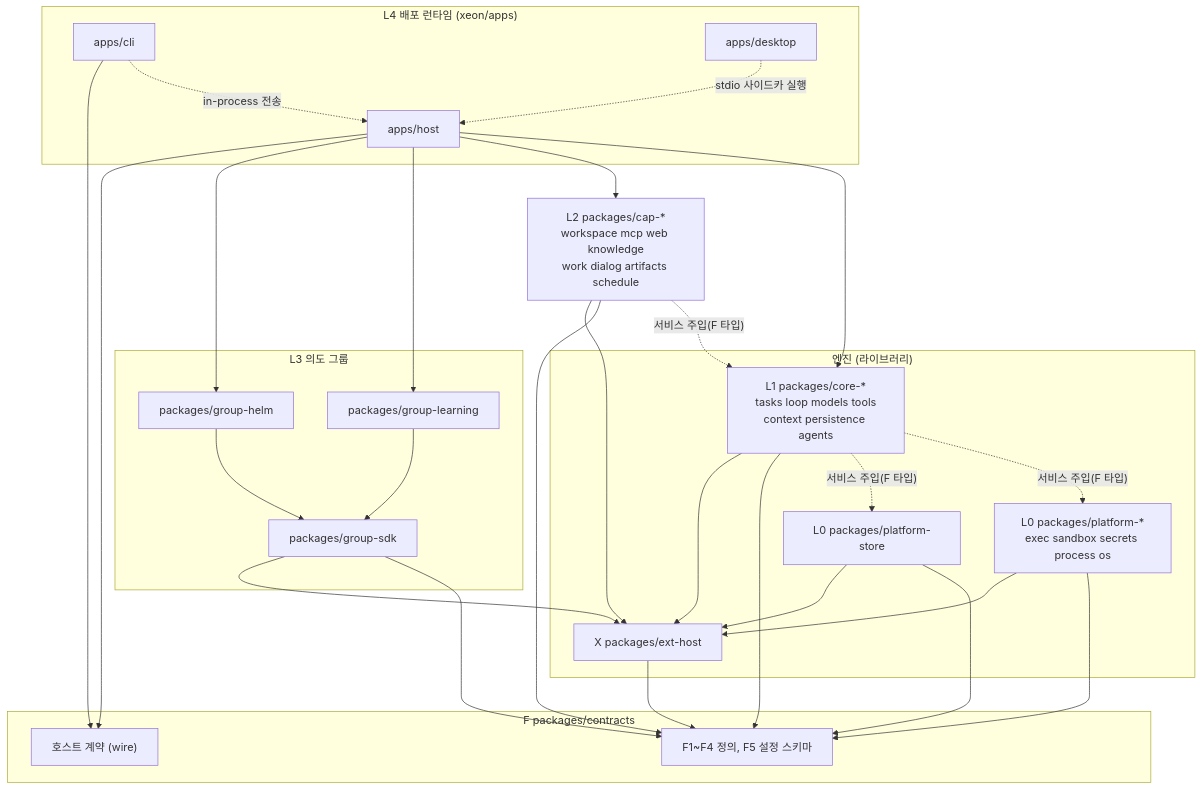
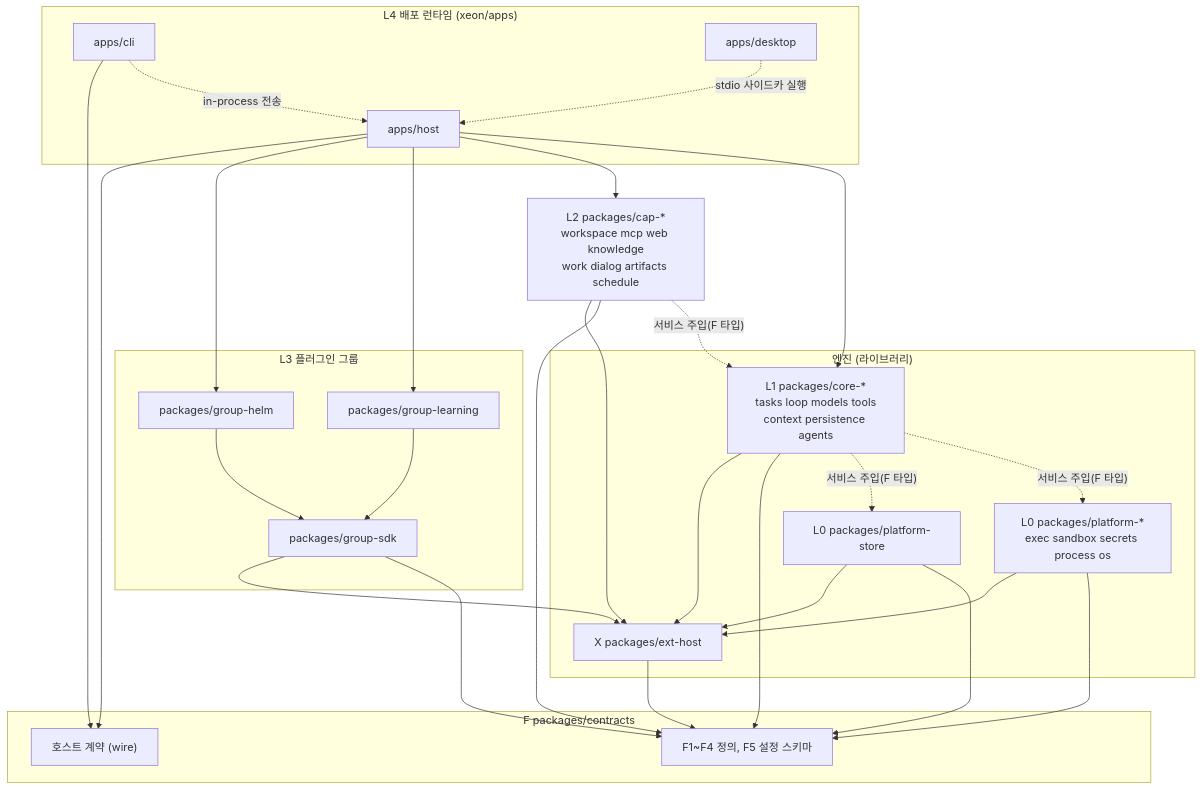
One commit to Rengod95/Helm-Agent_Docs_OS changed the diagram in docs/xeon/architecture/overview/spec.md. Above: the diagram before and after it, drawn with Mermaid. The commit also changed other lines of this file and 506 other files, not shown here.

````diff
--- a/docs/xeon/architecture/overview/spec.md
+++ b/docs/xeon/architecture/overview/spec.md
@@ -100,49 +100,49 @@
 ```mermaid
 flowchart TB
   subgraph L4["L4 배포 런타임 (xeon/apps)"]
     cli["apps/cli"]
     desktop["apps/desktop"]
     host["apps/host"]
   end
-  subgraph L3["L3 의도 그룹"]
+  subgraph L3["L3 플러그인 그룹"]
     ghelm["packages/group-helm"]
     glearn["packages/group-learning"]
     gkit["packages/group-sdk"]
   end
   cap["L2 packages/cap-*<br/>workspace mcp web knowledge<br/>work dialog artifacts schedule"]
   subgraph ENGINE["엔진 (라이브러리)"]
     core["L1 packages/core-*<br/>tasks loop models tools<br/>context persistence agents"]
     store["L0 packages/platform-store"]
     plat["L0 packages/platform-*<br/>exec sandbox secrets process os"]
     exthost["X packages/ext-host"]
   end
   subgraph F["F packages/contracts"]
     hostc["호스트 계약 (wire)"]
     fdefs["F1~F4 정의, F5 설정 스키마"]
   end
 
   cli --> hostc
   cli -.->|"in-process 전송"| host
   desktop -.->|"stdio 사이드카 실행"| host
   host --> hostc
   host --> ghelm
   host --> glearn
   host --> cap
   host --> core
   ghelm --> gkit
   glearn --> gkit
   gkit --> exthost
   gkit --> fdefs
   cap --> exthost
   cap --> fdefs
   cap -.->|"서비스 주입(F 타입)"| core
   core --> exthost
   core --> fdefs
   core -.->|"서비스 주입(F 타입)"| store
   core -.->|"서비스 주입(F 타입)"| plat
   store --> exthost
   store --> fdefs
   plat --> exthost
   plat --> fdefs
   exthost --> fdefs
 ```
````
